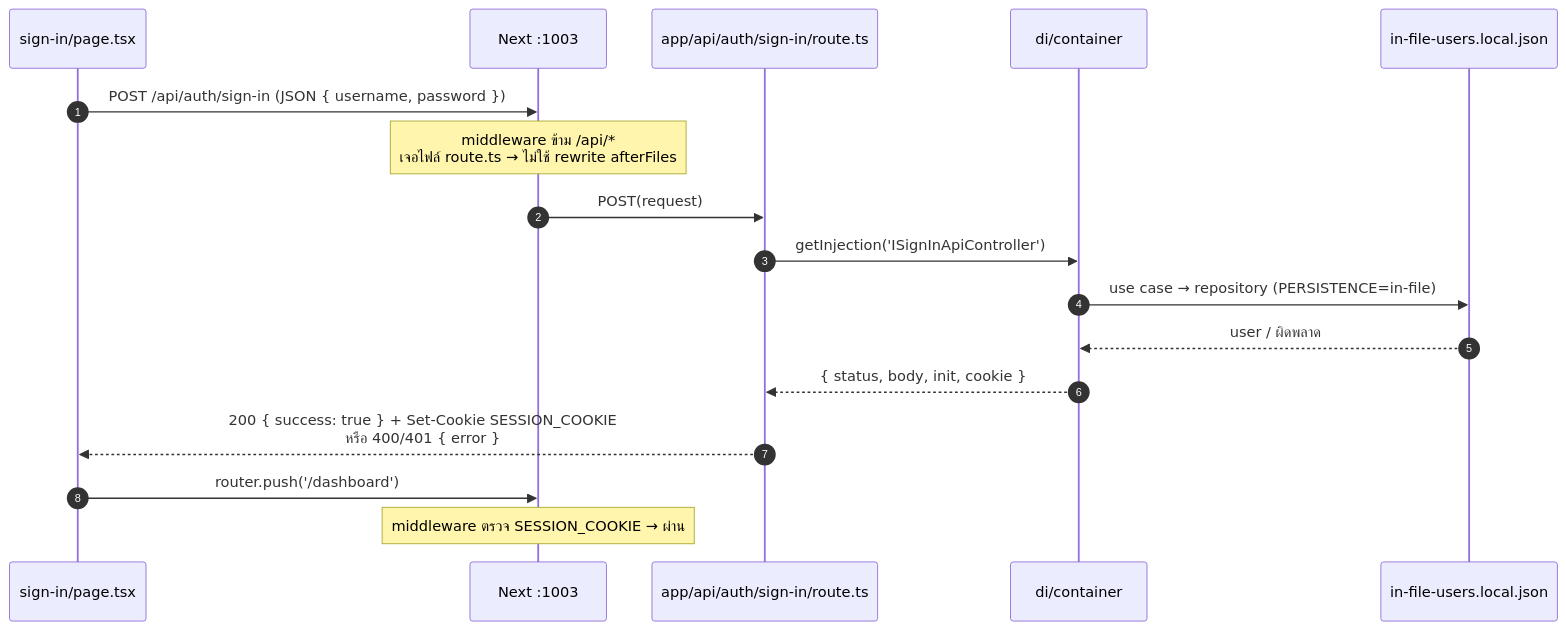
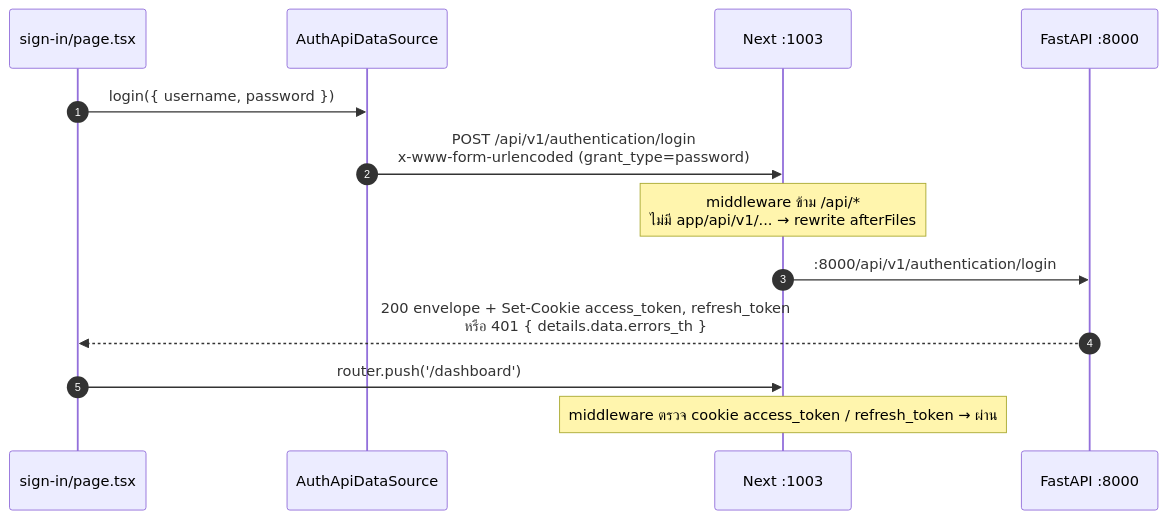
Before and after one commit to kongnakornna/react-nextjs-ddd: the third of 6 diagrams in docs/apiflow.md, drawn with Mermaid. The commit also changed other lines of this file, not shown here.

````diff
--- a/docs/apiflow.md
+++ b/docs/apiflow.md
@@ -89,20 +91,16 @@
 ```mermaid
 sequenceDiagram
   autonumber
   participant UI as sign-in/page.tsx
+  participant DS as AuthApiDataSource
   participant NX as Next :1003
-  participant RT as app/api/auth/sign-in/route.ts
-  participant DI as di/container
-  participant FS as in-file-users.local.json
+  participant BE as FastAPI :8000
 
-  UI->>NX: POST /api/auth/sign-in (JSON { username, password })
-  Note over NX: middleware ข้าม /api/*<br/>เจอไฟล์ route.ts → ไม่ใช้ rewrite afterFiles
-  NX->>RT: POST(request)
-  RT->>DI: getInjection('ISignInApiController')
-  DI->>FS: use case → repository (PERSISTENCE=in-file)
-  FS-->>DI: user / ผิดพลาด
-  DI-->>RT: { status, body, init, cookie }
-  RT-->>UI: 200 { success: true } + Set-Cookie SESSION_COOKIE<br/>หรือ 400/401 { error }
+  UI->>DS: login({ username, password })
+  DS->>NX: POST /api/v1/authentication/login<br/>x-www-form-urlencoded (grant_type=password)
+  Note over NX: middleware ข้าม /api/*<br/>ไม่มี app/api/v1/... → rewrite afterFiles
+  NX->>BE: :8000/api/v1/authentication/login
+  BE-->>UI: 200 envelope + Set-Cookie access_token, refresh_token<br/>หรือ 401 { details.data.errors_th }
   UI->>NX: router.push('/dashboard')
-  Note over NX: middleware ตรวจ SESSION_COOKIE → ผ่าน
+  Note over NX: middleware ตรวจ cookie access_token / refresh_token → ผ่าน
 ```
````
